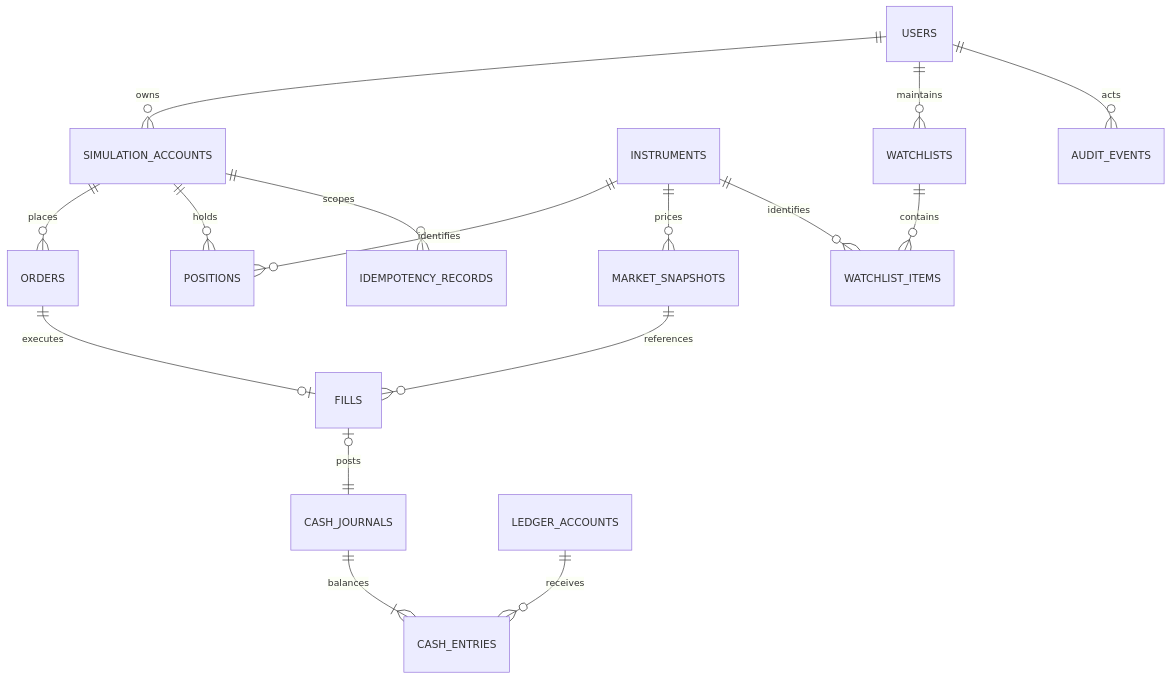
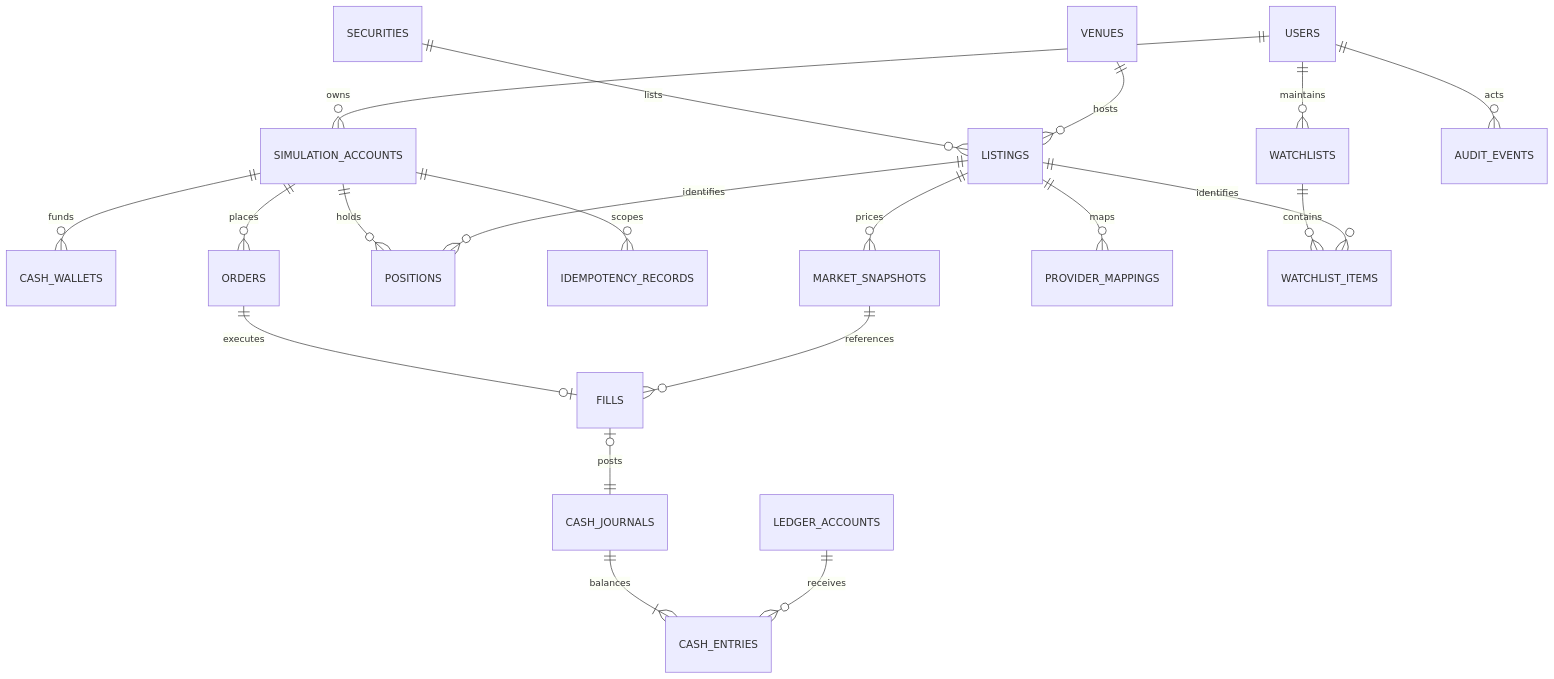
Before and after one commit to DuhItzAniket/TradeCrafters: the diagram in docs/architecture/trading-and-data-model.md, drawn with Mermaid. The commit also changed other lines of this file and 12 other files, not shown here.

````diff
--- a/docs/architecture/trading-and-data-model.md
+++ b/docs/architecture/trading-and-data-model.md
@@ -41,18 +43,22 @@
 ```mermaid
 erDiagram
   USERS ||--o{ SIMULATION_ACCOUNTS : owns
+  SIMULATION_ACCOUNTS ||--o{ CASH_WALLETS : funds
   SIMULATION_ACCOUNTS ||--o{ ORDERS : places
   SIMULATION_ACCOUNTS ||--o{ POSITIONS : holds
   SIMULATION_ACCOUNTS ||--o{ IDEMPOTENCY_RECORDS : scopes
-  INSTRUMENTS ||--o{ POSITIONS : identifies
-  INSTRUMENTS ||--o{ MARKET_SNAPSHOTS : prices
+  SECURITIES ||--o{ LISTINGS : lists
+  VENUES ||--o{ LISTINGS : hosts
+  LISTINGS ||--o{ POSITIONS : identifies
+  LISTINGS ||--o{ MARKET_SNAPSHOTS : prices
+  LISTINGS ||--o{ PROVIDER_MAPPINGS : maps
   ORDERS ||--o| FILLS : executes
   MARKET_SNAPSHOTS ||--o{ FILLS : references
   FILLS o|--|| CASH_JOURNALS : posts
   CASH_JOURNALS ||--|{ CASH_ENTRIES : balances
   LEDGER_ACCOUNTS ||--o{ CASH_ENTRIES : receives
   USERS ||--o{ WATCHLISTS : maintains
   WATCHLISTS ||--o{ WATCHLIST_ITEMS : contains
-  INSTRUMENTS ||--o{ WATCHLIST_ITEMS : identifies
+  LISTINGS ||--o{ WATCHLIST_ITEMS : identifies
   USERS ||--o{ AUDIT_EVENTS : acts
 ```
````
